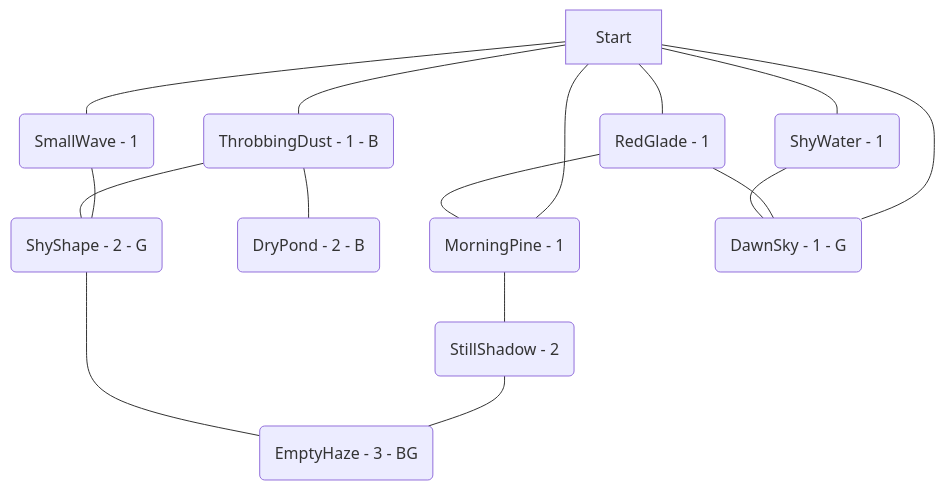
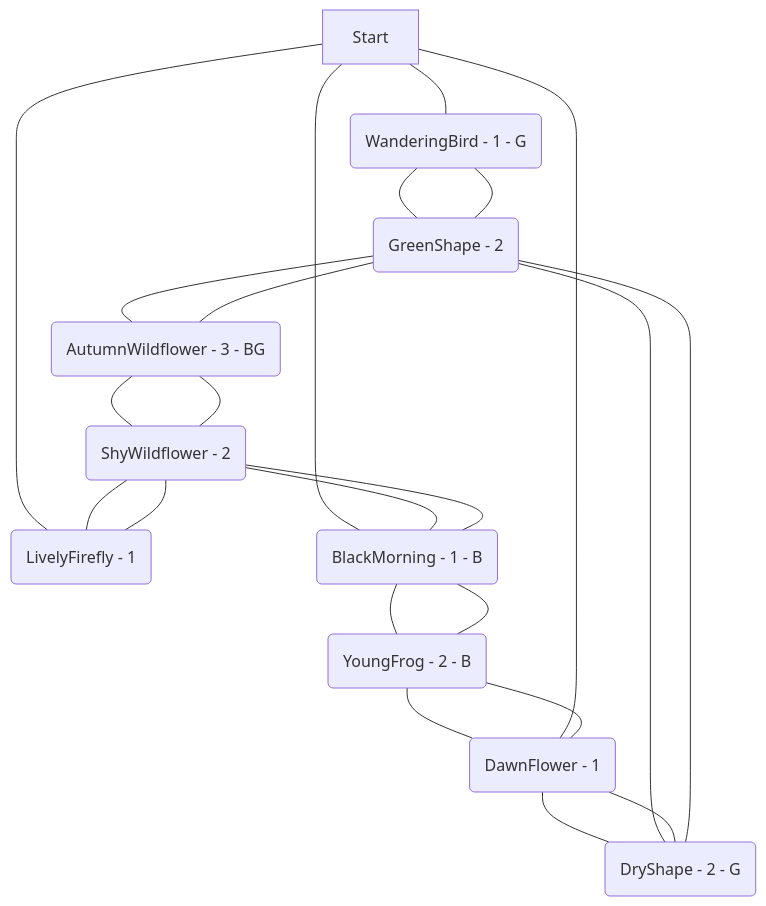
The diagram in examples/007.md (kinostl/Automatic-Liberation-Map), drawn with Mermaid before and after one commit. The commit also changed other lines of this file and 10 other files, not shown here.

````diff
--- a/examples/007.md
+++ b/examples/007.md
@@ -4,18 +4,25 @@
 ```mermaid  
 flowchart TD  
-	Start --- UYDPpyNW(MorningPine - 1)  
-	IJkEuAMD(ThrobbingDust - 1 - B) --- SYItzXeJ(DryPond - 2 - B)  
-	Start --- OCuqZoAH(SmallWave - 1)  
-	OCuqZoAH(SmallWave - 1) --- plJCkztT(ShyShape - 2 - G)  
-	bKRSkFDu(RedGlade - 1) --- UYDPpyNW(MorningPine - 1)  
-	Start --- IJkEuAMD(ThrobbingDust - 1 - B)  
-	IJkEuAMD(ThrobbingDust - 1 - B) --- plJCkztT(ShyShape - 2 - G)  
-	Start --- McjpzygC(DawnSky - 1 - G)  
-	Start --- bKRSkFDu(RedGlade - 1)  
-	Start --- QSArUskz(ShyWater - 1)  
-	bKRSkFDu(RedGlade - 1) --- McjpzygC(DawnSky - 1 - G)  
-	UYDPpyNW(MorningPine - 1) --- FipKCqUD(StillShadow - 2)  
-	FipKCqUD(StillShadow - 2) --- uakFjszR(EmptyHaze - 3 - BG)  
-	QSArUskz(ShyWater - 1) --- McjpzygC(DawnSky - 1 - G)  
-	plJCkztT(ShyShape - 2 - G) --- uakFjszR(EmptyHaze - 3 - BG)  
+	Start --- HjXYiGOn(WanderingBird - 1 - G)  
+	fCJNHOnc(YoungFrog - 2 - B) --- PWsXpwNr(DawnFlower - 1)  
+	tHUNzaYQ(GreenShape - 2) --- VHcvILrN(AutumnWildflower - 3 - BG)  
+	PWsXpwNr(DawnFlower - 1) --- fCJNHOnc(YoungFrog - 2 - B)  
+	Start --- QGnBMIyc(LivelyFirefly - 1)  
+	PWsXpwNr(DawnFlower - 1) --- IpaeHRGF(DryShape - 2 - G)  
+	Start --- IwpNKPoc(BlackMorning - 1 - B)  
+	VHcvILrN(AutumnWildflower - 3 - BG) --- tHUNzaYQ(GreenShape - 2)  
+	IwpNKPoc(BlackMorning - 1 - B) --- MkaTyjwt(ShyWildflower - 2)  
+	tHUNzaYQ(GreenShape - 2) --- IpaeHRGF(DryShape - 2 - G)  
+	MkaTyjwt(ShyWildflower - 2) --- VHcvILrN(AutumnWildflower - 3 - BG)  
+	tHUNzaYQ(GreenShape - 2) --- HjXYiGOn(WanderingBird - 1 - G)  
+	MkaTyjwt(ShyWildflower - 2) --- QGnBMIyc(LivelyFirefly - 1)  
+	IpaeHRGF(DryShape - 2 - G) --- PWsXpwNr(DawnFlower - 1)  
+	HjXYiGOn(WanderingBird - 1 - G) --- tHUNzaYQ(GreenShape - 2)  
+	IpaeHRGF(DryShape - 2 - G) --- tHUNzaYQ(GreenShape - 2)  
+	MkaTyjwt(ShyWildflower - 2) --- IwpNKPoc(BlackMorning - 1 - B)  
+	VHcvILrN(AutumnWildflower - 3 - BG) --- MkaTyjwt(ShyWildflower - 2)  
+	fCJNHOnc(YoungFrog - 2 - B) --- IwpNKPoc(BlackMorning - 1 - B)  
+	IwpNKPoc(BlackMorning - 1 - B) --- fCJNHOnc(YoungFrog - 2 - B)  
+	QGnBMIyc(LivelyFirefly - 1) --- MkaTyjwt(ShyWildflower - 2)  
+	Start --- PWsXpwNr(DawnFlower - 1)  
 ```  
````
